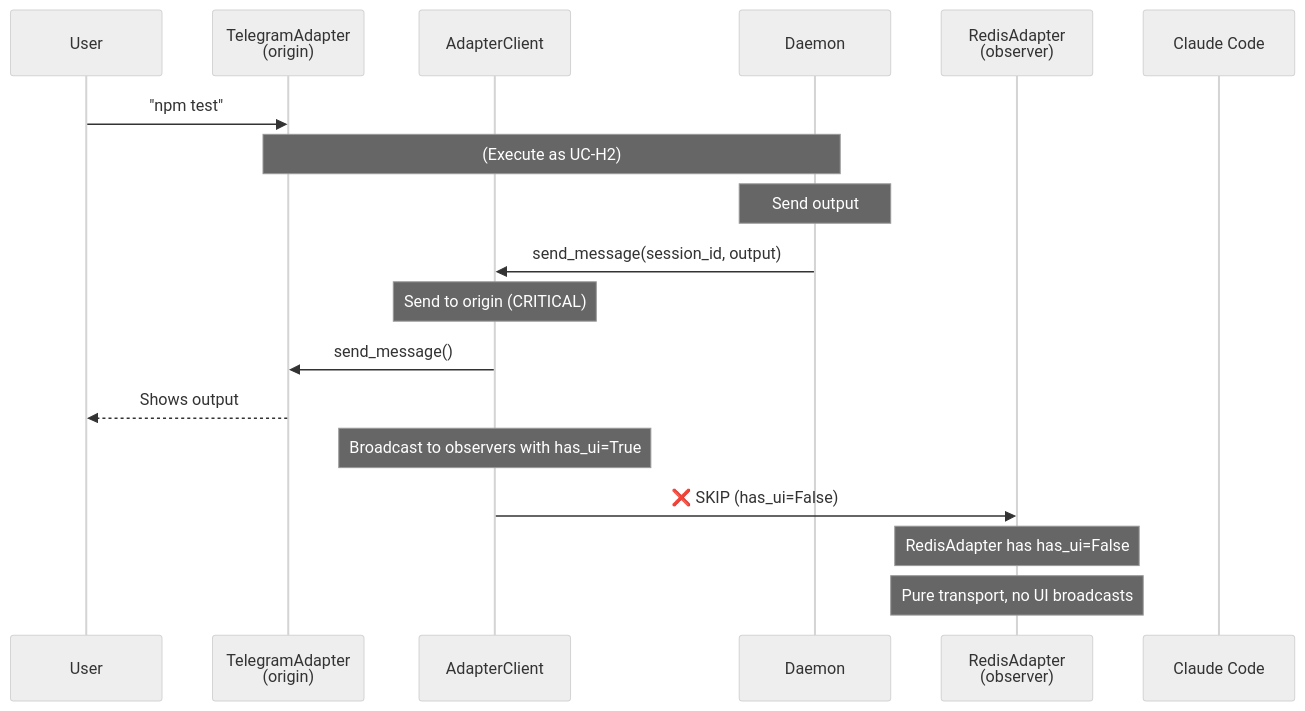
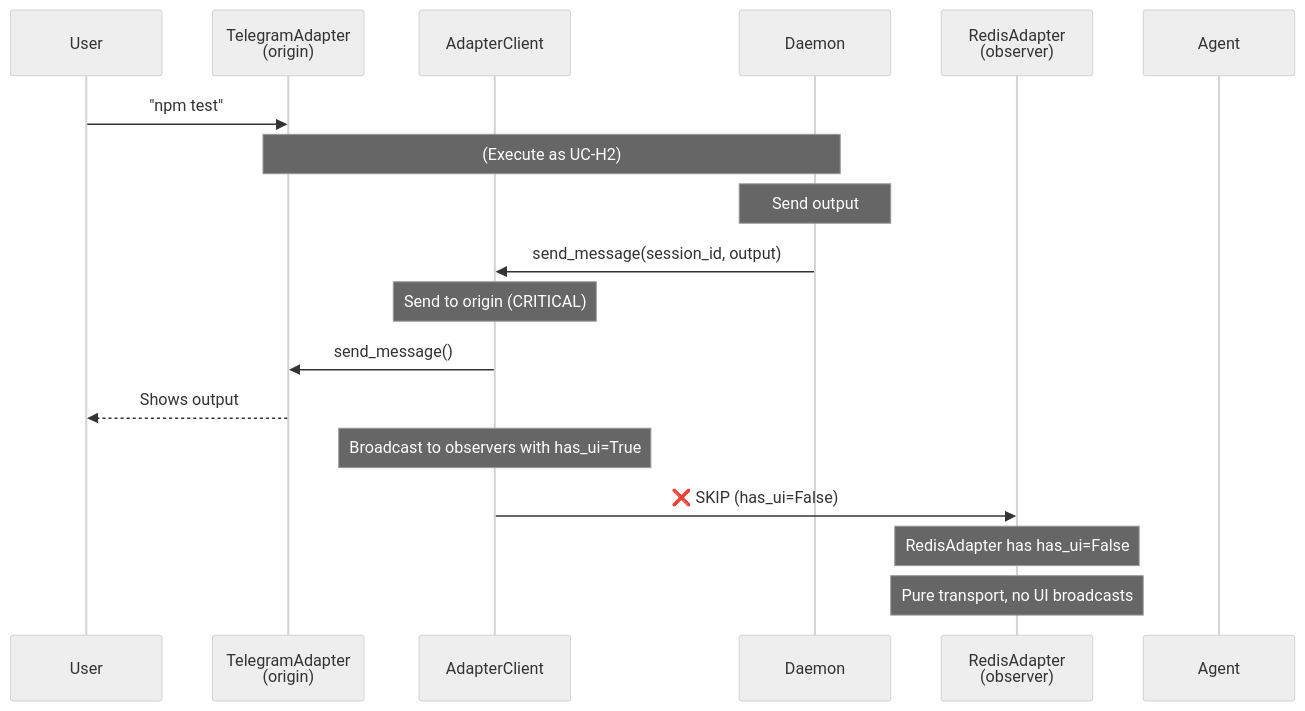
One commit to InstruktAI/TeleClaude changed diagram 13 of 14 in docs/use_cases.md. Above: the diagram before and after it, drawn with Mermaid (neutral theme). The commit also changed other lines of this file and 11 other files, not shown here.

````diff
--- a/docs/use_cases.md
+++ b/docs/use_cases.md
@@ -661,25 +661,25 @@
 ```mermaid
 sequenceDiagram
     participant User
     participant TG as TelegramAdapter<br/>(origin)
     participant Client as AdapterClient
     participant Daemon
     participant Redis as RedisAdapter<br/>(observer)
-    participant AI as Claude Code
+    participant AI as Agent
 
     User->>TG: "npm test"
     Note over TG,Daemon: (Execute as UC-H2)
 
     Note over Daemon: Send output
     Daemon->>Client: send_message(session_id, output)
 
     Note over Client: Send to origin (CRITICAL)
     Client->>TG: send_message()
     TG-->>User: Shows output
 
     Note over Client: Broadcast to observers with has_ui=True
     Client->>Redis: ❌ SKIP (has_ui=False)
 
     Note over Redis: RedisAdapter has has_ui=False
     Note over Redis: Pure transport, no UI broadcasts
 ```
````
